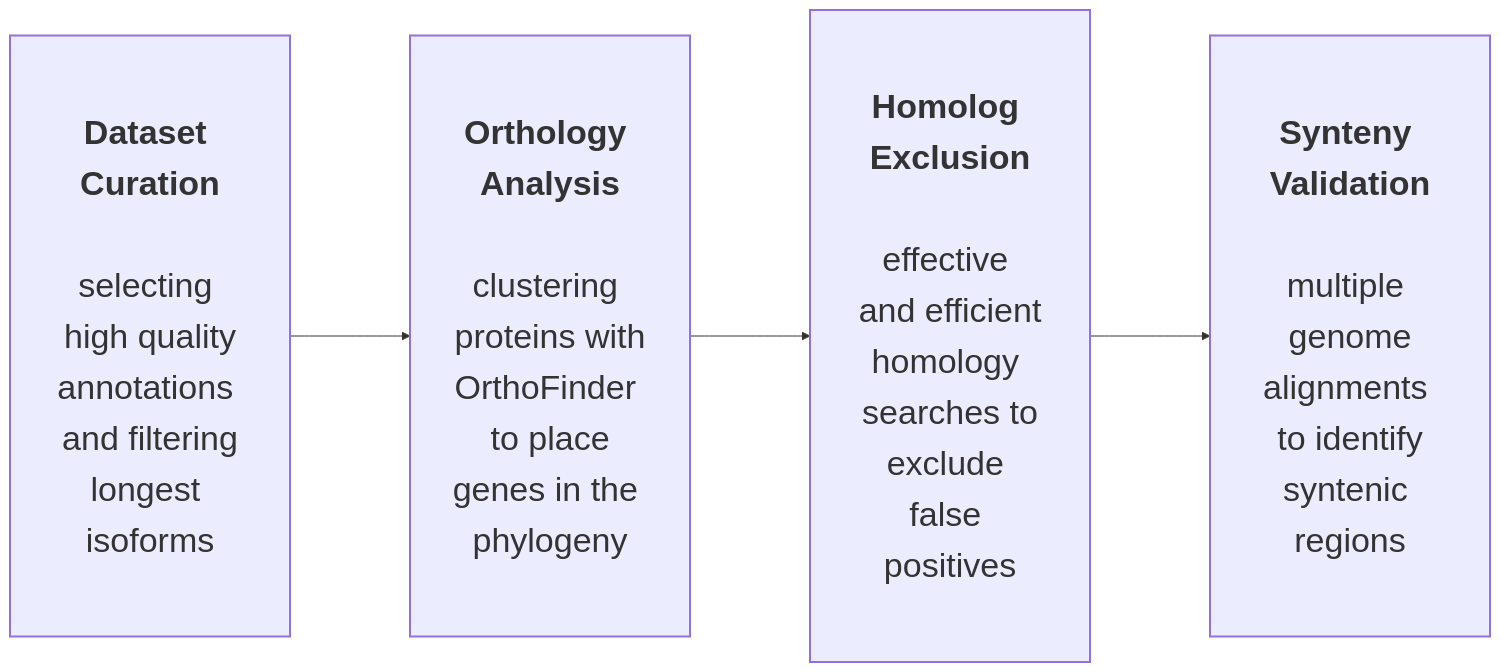
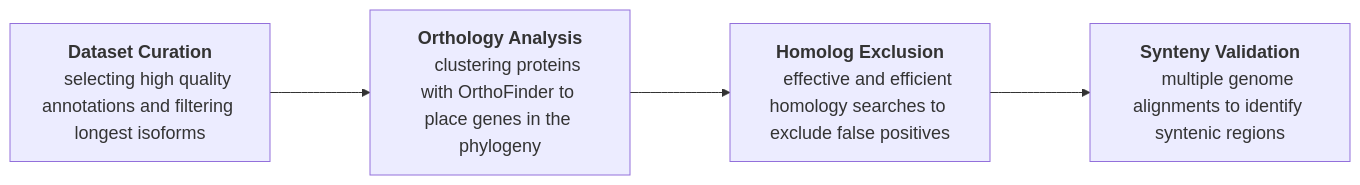
One commit to Ludtson/protein-preprocessing-isoform-pipeline changed the first of 2 diagrams in README.md. Above: the diagram before and after it, drawn with Mermaid.

Commit message:
Fix text overflow in the LINGUA workflow diagram
The previous version mixed font sizes within a single node label
(inline <span style="font-size:..."> for the title, theme default for
the body). Mermaid computes node box dimensions before that inline
style is applied, so the box was sized for the smaller uniform font
and the larger title text spilled past the border.

Switched to Mermaid's markdown-string node syntax (backtick-delimited
labels with **bold** and blank-line paragraph breaks), which measures
actual wrapped text instead of relying on manually placed <br/> tags,
and removed the per-title font-size override that caused the mismatch.

Development assisted by Claude Code (Anthropic).

````diff
--- a/README.md
+++ b/README.md
@@ -38,13 +38,18 @@
 ```mermaid
-%%{init: {"flowchart": {"nodeSpacing": 80, "rankSpacing": 120, "padding": 20}, "themeVariables": {"fontSize": "34px"}}}%%
+%%{init: {"flowchart": {"nodeSpacing": 60, "rankSpacing": 100, "padding": 15}, "themeVariables": {"fontSize": "18px"}}}%%
 flowchart LR
-    A["<b>Dataset Curation</b><br/><br/>selecting high quality<br/>annotations and filtering<br/>longest isoforms"]
-    B["<b>Orthology Analysis</b><br/><br/>clustering proteins with<br/>OrthoFinder to place<br/>genes in the phylogeny"]
-    C["<b>Homolog Exclusion</b><br/><br/>effective and efficient<br/>homology searches to<br/>exclude false positives"]
-    D["<b>Synteny Validation</b><br/><br/>multiple genome<br/>alignments to identify<br/>syntenic regions"]
+    A["`**Dataset Curation**
+
+    selecting high quality annotations and filtering longest isoforms`"]
+    B["`**Orthology Analysis**
+
+    clustering proteins with OrthoFinder to place genes in the phylogeny`"]
+    C["`**Homolog Exclusion**
+
+    effective and efficient homology searches to exclude false positives`"]
+    D["`**Synteny Validation**
+
+    multiple genome alignments to identify syntenic regions`"]
 
     A --> B --> C --> D
-
-    classDef big font-size:34px,padding:25px,stroke-width:2px;
-    class A,B,C,D big
 ```
````
